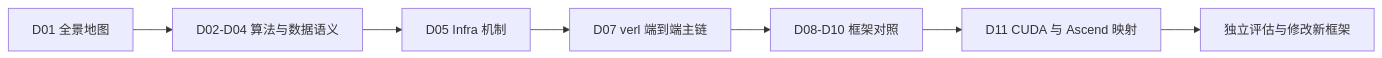
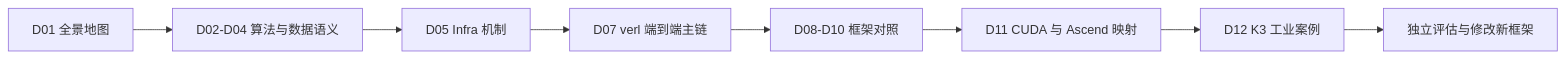
One commit to suhaibo666/llm-knowledge changed the diagram in wiki/03_posttraining/00_posttraining_source_reading_guide.md. Above: the diagram before and after it, drawn with Mermaid. The commit also changed other lines of this file and 15 other files, not shown here.

````diff
--- a/wiki/03_posttraining/00_posttraining_source_reading_guide.md
+++ b/wiki/03_posttraining/00_posttraining_source_reading_guide.md
@@ -23,9 +23,10 @@
 ```mermaid
 flowchart LR
     M["D01 全景地图"] --> A["D02-D04 算法与数据语义"]
     A --> I["D05 Infra 机制"]
     I --> V["D07 verl 端到端主链"]
     V --> C["D08-D10 框架对照"]
     C --> H["D11 CUDA 与 Ascend 映射"]
-    H --> E["独立评估与修改新框架"]
+    H --> K["D12 K3 工业案例"]
+    K --> E["独立评估与修改新框架"]
 ```
````
